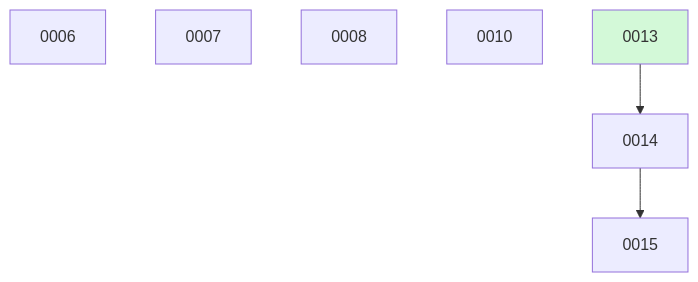
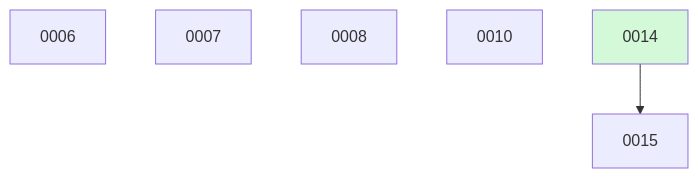
Before and after one commit to ethanhinson/codeindex: the diagram in docs/changes/BOARD.md, drawn with Mermaid. The commit also changed other lines of this file, not shown here.

````diff
--- a/docs/changes/BOARD.md
+++ b/docs/changes/BOARD.md
@@ -21,11 +15,10 @@
 ```mermaid
 graph TD
   0006
   0007
   0008
   0010
-  0013 --> 0014
   0014 --> 0015
-  0013:::done
+  0014:::done
   classDef done fill:#d3f9d8;
 ```
````
